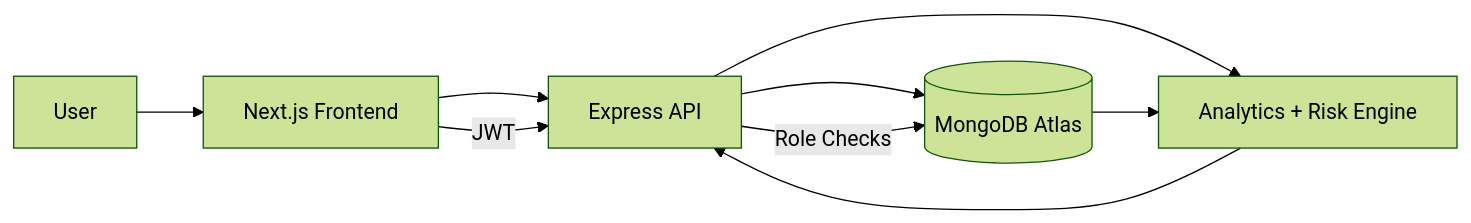
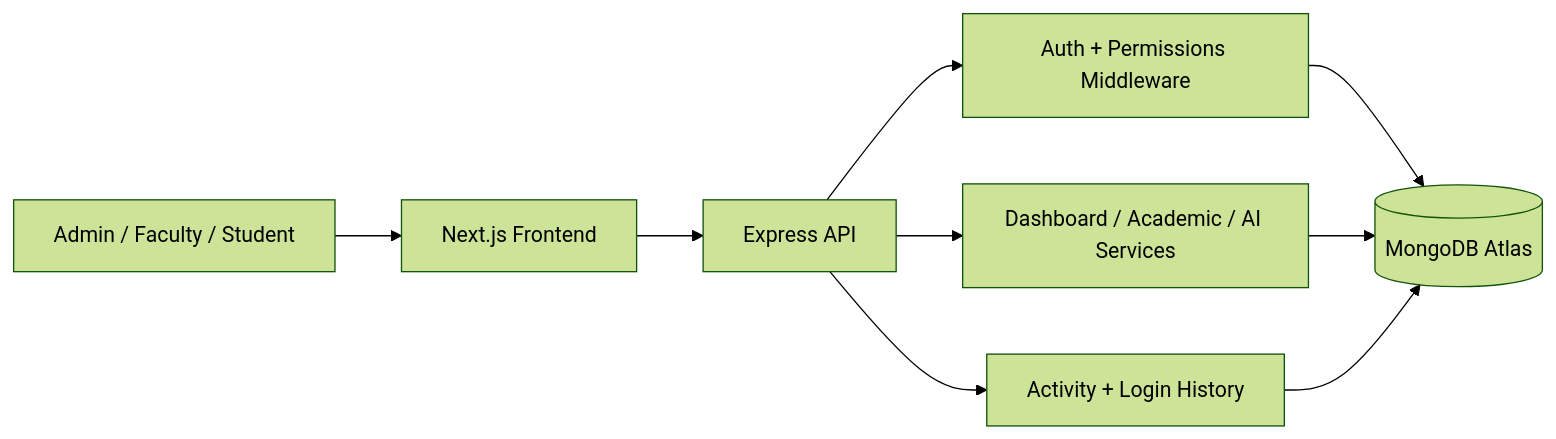
One commit to SRIXENO/Smart-performance-dashboard changed the first of 2 diagrams in README.md. Above: the diagram before and after it, drawn with Mermaid (forest theme). The commit also changed other lines of this file and 3 other files, not shown here.

````diff
--- a/README.md
+++ b/README.md
@@ -69,11 +62,11 @@
 ```mermaid
 flowchart LR
-  U[User] --> FE[Next.js Frontend]
+  User[Admin / Faculty / Student] --> FE[Next.js Frontend]
   FE --> API[Express API]
-  API --> DB[(MongoDB Atlas)]
-  API --> ANALYTICS[Analytics + Risk Engine]
-  FE -->|JWT| API
-  API -->|Role Checks| DB
-  DB --> ANALYTICS
-  ANALYTICS --> API
+  API --> AUTH[Auth + Permissions Middleware]
+  AUTH --> DB[(MongoDB Atlas)]
+  API --> ANALYTICS[Dashboard / Academic / AI Services]
+  ANALYTICS --> DB
+  API --> AUDIT[Activity + Login History]
+  AUDIT --> DB
 ```
````
